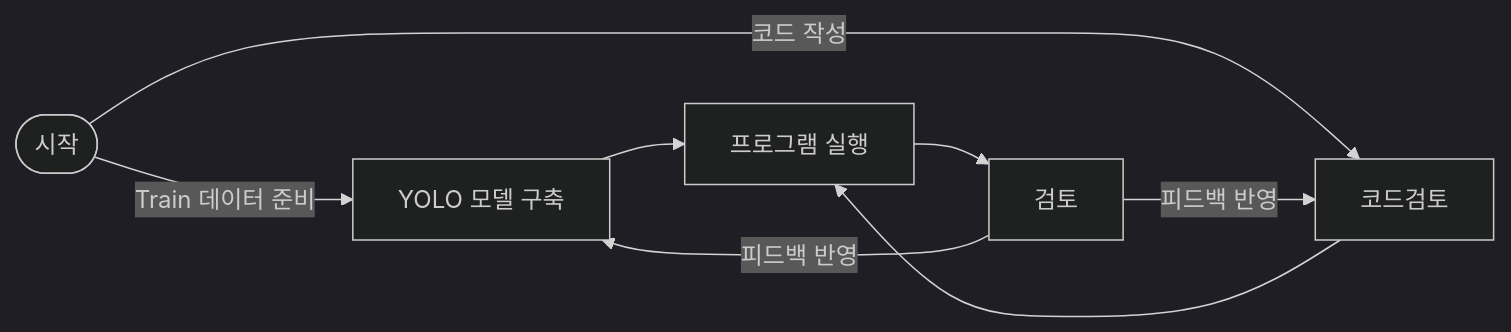
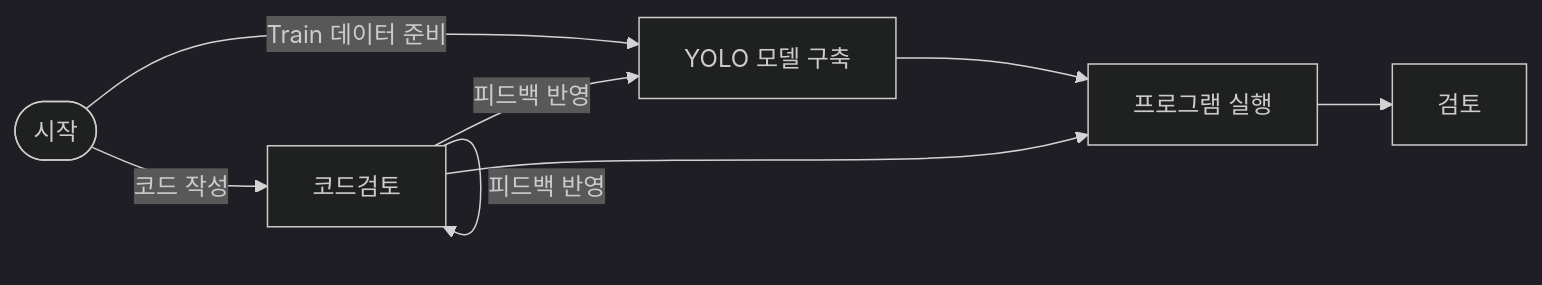
Before and after one commit to gamdumdum/my-project: the first of 2 diagrams in README.md, drawn with Mermaid (dark theme).

````diff
--- a/README.md
+++ b/README.md
@@ -2,15 +2,15 @@
 ```mermaid
 flowchart LR
     시작([시작])
     시작 -->|Train 데이터 준비| Yolo[YOLO 모델 구축]
     시작 -->|코드 작성| 코드검토[코드검토]
 
     Yolo --> 실행[프로그램 실행]
     코드검토 --> 실행[프로그램 실행]
 
     실행 -->검토[검토]
 
-    검토 -->|피드백 반영| 코드검토
-    검토 -->|피드백 반영| Yolo
+    코드검토 -->|피드백 반영| 코드검토
+    코드검토 -->|피드백 반영| Yolo
 
 ```
````
